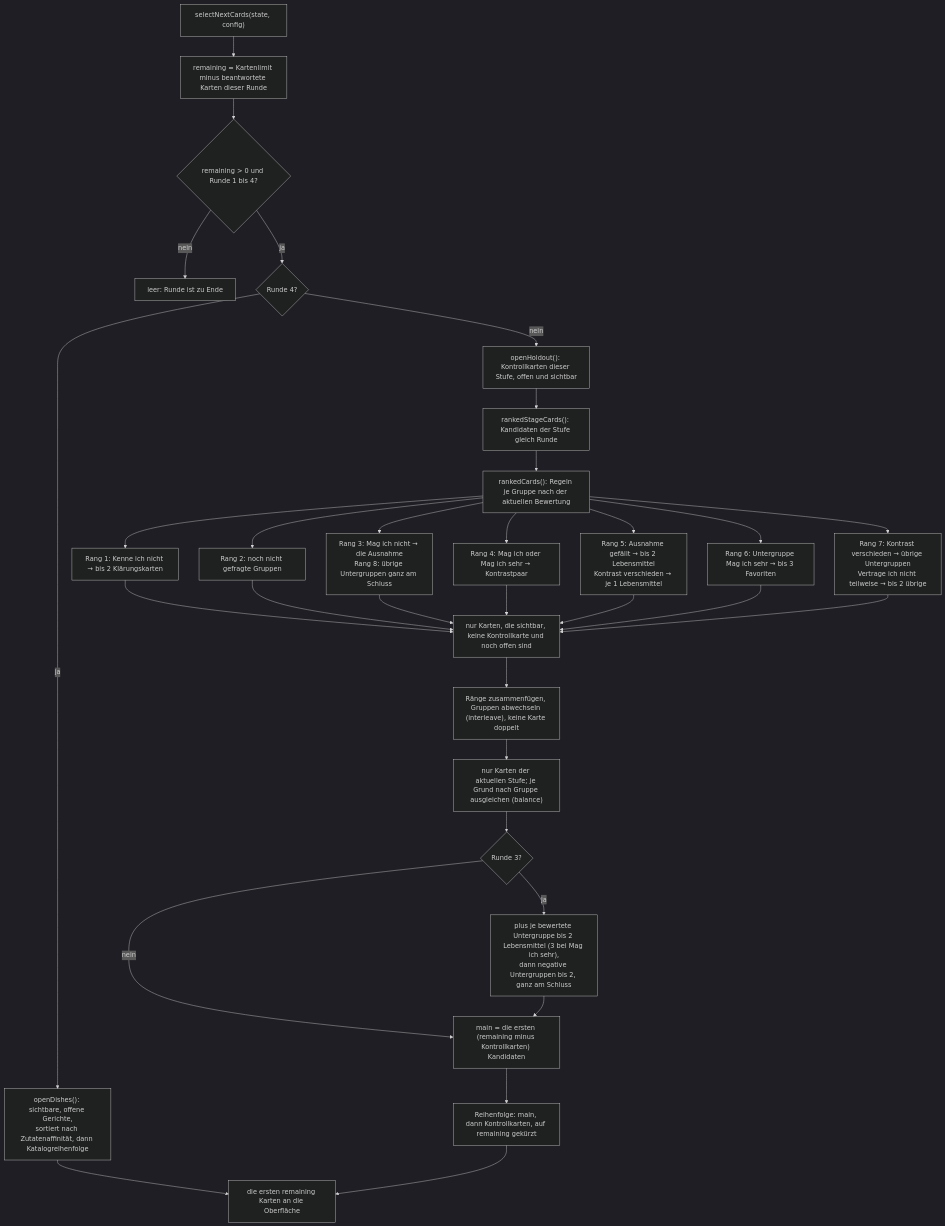
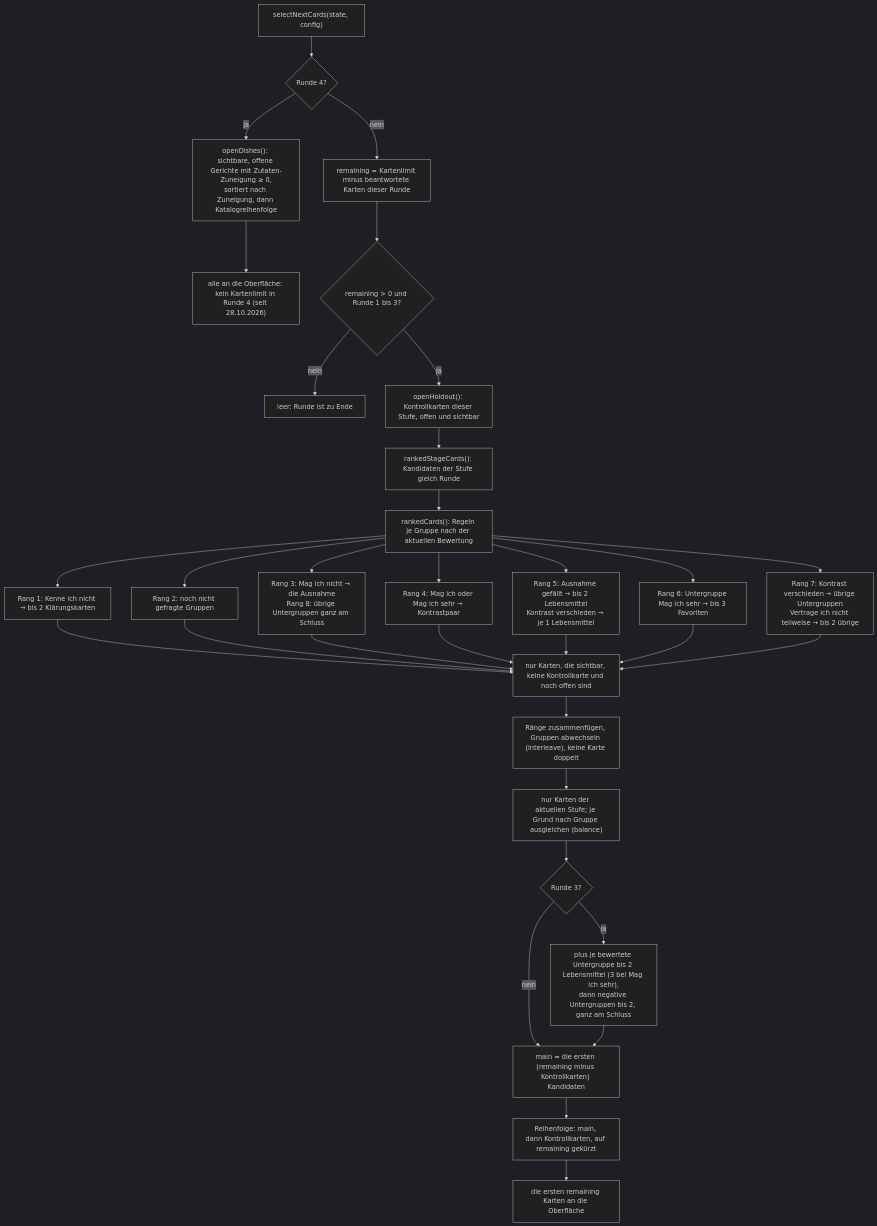
Before and after one commit to kerisan-jeg/geschmacksprofil-50plus: the second of 6 diagrams in docs/05_Flowcharts.md, drawn with Mermaid (dark theme). The commit also changed other lines of this file and 89 other files, not shown here.

````diff
--- a/docs/05_Flowcharts.md
+++ b/docs/05_Flowcharts.md
@@ -42,28 +41,28 @@
 ```mermaid
 flowchart TD
-  A["selectNextCards(state, config)"] --> B["remaining = Kartenlimit minus beantwortete Karten dieser Runde"]
-  B --> C{"remaining > 0 und Runde 1 bis 4?"}
+  A["selectNextCards(state, config)"] --> D{"Runde 4?"}
+  D -- "ja" --> E["openDishes(): sichtbare, offene Gerichte mit Zutaten-Zuneigung ≥ 0,<br/>sortiert nach Zuneigung, dann Katalogreihenfolge"]
+  E --> Y4["alle an die Oberfläche: kein Kartenlimit in Runde 4 (seit 28.10.2026)"]
+  D -- "nein" --> B["remaining = Kartenlimit minus beantwortete Karten dieser Runde"]
+  B --> C{"remaining > 0 und Runde 1 bis 3?"}
   C -- "nein" --> Z["leer: Runde ist zu Ende"]
-  C -- "ja" --> D{"Runde 4?"}
-  D -- "ja" --> E["openDishes(): sichtbare, offene Gerichte,<br/>sortiert nach Zutatenaffinität, dann Katalogreihenfolge"]
-  E --> Y["die ersten remaining Karten an die Oberfläche"]
-  D -- "nein" --> F["openHoldout(): Kontrollkarten dieser Stufe, offen und sichtbar"]
+  C -- "ja" --> F["openHoldout(): Kontrollkarten dieser Stufe, offen und sichtbar"]
   F --> G["rankedStageCards(): Kandidaten der Stufe gleich Runde"]
   G --> H["rankedCards(): Regeln je Gruppe nach der aktuellen Bewertung"]
   H --> H1["Rang 1: Kenne ich nicht → bis 2 Klärungskarten"]
   H --> H2["Rang 2: noch nicht gefragte Gruppen"]
   H --> H3["Rang 3: Mag ich nicht → die Ausnahme<br/>Rang 8: übrige Untergruppen ganz am Schluss"]
   H --> H4["Rang 4: Mag ich oder Mag ich sehr → Kontrastpaar"]
   H --> H5["Rang 5: Ausnahme gefällt → bis 2 Lebensmittel<br/>Kontrast verschieden → je 1 Lebensmittel"]
   H --> H6["Rang 6: Untergruppe Mag ich sehr → bis 3 Favoriten"]
   H --> H7["Rang 7: Kontrast verschieden → übrige Untergruppen<br/>Vertrage ich nicht teilweise → bis 2 übrige"]
   H1 & H2 & H3 & H4 & H5 & H6 & H7 --> I["nur Karten, die sichtbar, keine Kontrollkarte und noch offen sind"]
   I --> J["Ränge zusammenfügen, Gruppen abwechseln (interleave), keine Karte doppelt"]
   J --> K["nur Karten der aktuellen Stufe; je Grund nach Gruppe ausgleichen (balance)"]
   K --> L{"Runde 3?"}
   L -- "ja" --> L1["plus je bewertete Untergruppe bis 2 Lebensmittel (3 bei Mag ich sehr),<br/>dann negative Untergruppen bis 2, ganz am Schluss"]
   L -- "nein" --> N
   L1 --> N["main = die ersten (remaining minus Kontrollkarten) Kandidaten"]
   N --> O["Reihenfolge: main, dann Kontrollkarten, auf remaining gekürzt"]
-  O --> Y
+  O --> Y["die ersten remaining Karten an die Oberfläche"]
 ```
````
